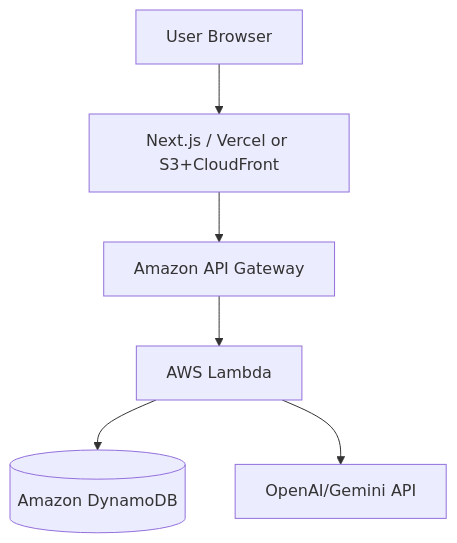
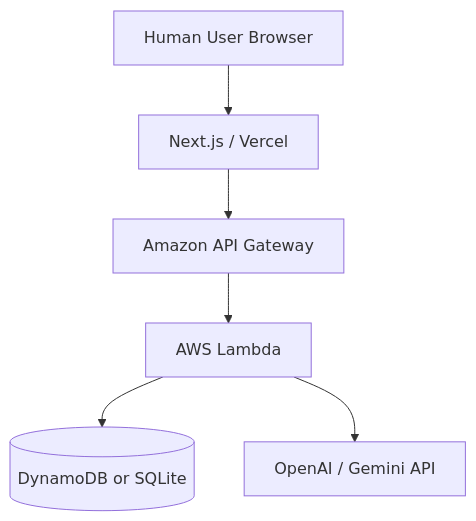
The diagram in docs/architecture.md (bamiyanapp/Electric-Chair-Arena), drawn with Mermaid before and after one commit. The commit also changed other lines of this file and 3 other files, not shown here.

````diff
--- a/docs/architecture.md
+++ b/docs/architecture.md
@@ -30,8 +39,8 @@
 ```mermaid
 graph TD
-    User[User Browser] --> Frontend[Next.js / Vercel or S3+CloudFront]
+    User[Human User Browser] --> Frontend[Next.js / Vercel]
     Frontend --> APIGateway[Amazon API Gateway]
     APIGateway --> Lambda[AWS Lambda]
-    Lambda --> DynamoDB[(Amazon DynamoDB)]
-    Lambda --> AI[OpenAI/Gemini API]
+    Lambda --> Database[(DynamoDB or SQLite)]
+    Lambda --> LLM[OpenAI / Gemini API]
 ```
````
